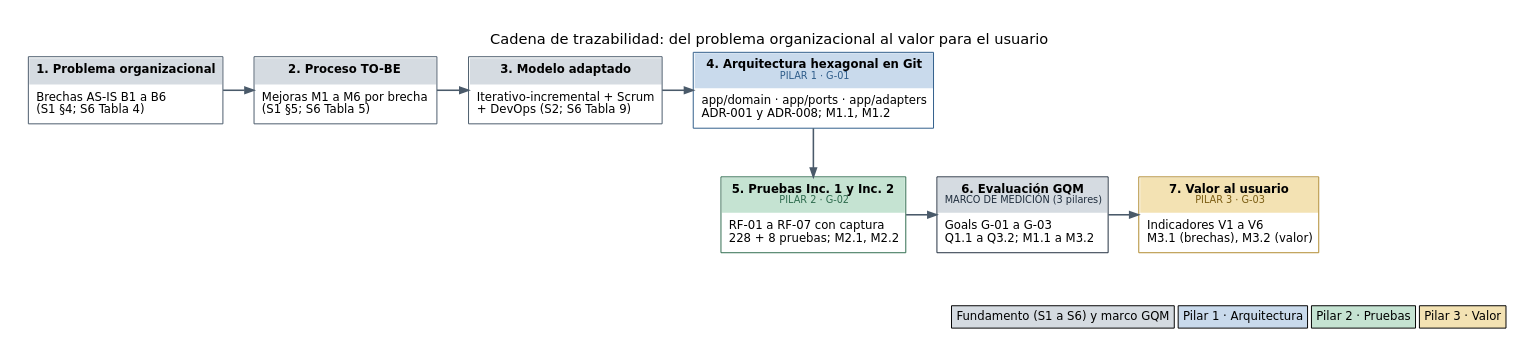
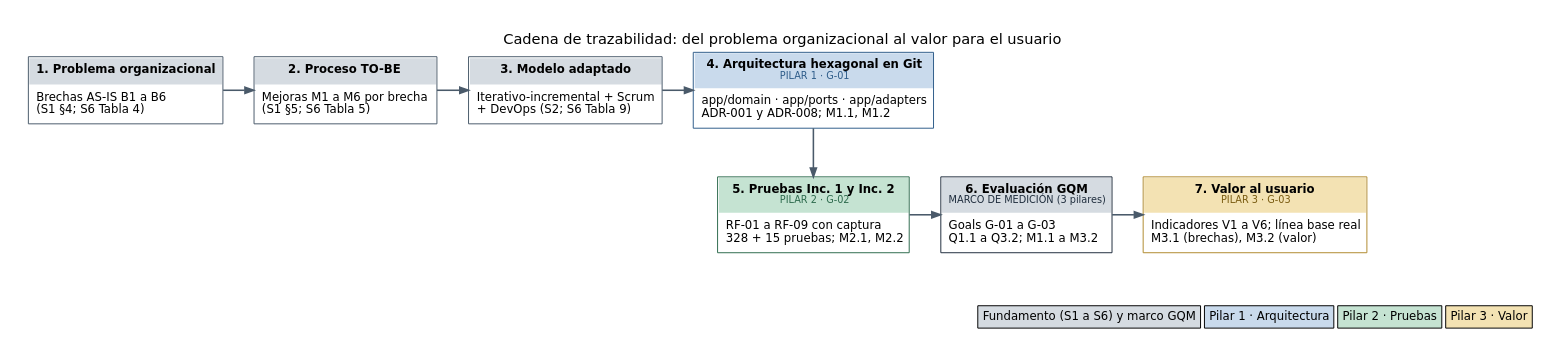
The diagram in diagramas/src/70_s9_cadena_trazabilidad.dot (woshtsu/ProcesosSoftwareAnemia), drawn with Graphviz before and after one commit. The commit also changed 230 other files, not shown here.

```diff
--- a/diagramas/src/70_s9_cadena_trazabilidad.dot
+++ b/diagramas/src/70_s9_cadena_trazabilidad.dot
@@ -1,49 +1,49 @@
 // 70_s9_cadena_trazabilidad.dot — Cadena metodológica de trazabilidad integrada (Semana 9)
 // Fuente: guías/S9-PSW-GUÍA DE TRABAJO.md (cadena); artefactos: S1, S2, S6, S9. Regenerar con el comando del final.
 digraph cadena {
   graph [rankdir=TB, fontname="DejaVu Sans", fontsize=15, labelloc=t, nodesep=0.45, ranksep=0.7, pad=0.3,
          label="Cadena de trazabilidad: del problema organizacional al valor para el usuario", splines=true];
   node  [shape=plain, fontname="DejaVu Sans", fontsize=12];
   edge  [color="#4A5A6A", penwidth=1.6, arrowsize=0.9];
 
   // Fundamento (S1–S6): gris
   n1 [label=<<TABLE BORDER="1" CELLBORDER="0" CELLSPACING="0" CELLPADDING="7" COLOR="#4A5A6A" BGCOLOR="#FFFFFF">
     <TR><TD BGCOLOR="#D5DBE1" ALIGN="CENTER"><B>1. Problema organizacional</B></TD></TR>
     <TR><TD ALIGN="LEFT" BALIGN="LEFT">Brechas AS-IS B1 a B6<BR/>(S1 §4; S6 Tabla 4)</TD></TR></TABLE>>];
   n2 [label=<<TABLE BORDER="1" CELLBORDER="0" CELLSPACING="0" CELLPADDING="7" COLOR="#4A5A6A" BGCOLOR="#FFFFFF">
     <TR><TD BGCOLOR="#D5DBE1" ALIGN="CENTER"><B>2. Proceso TO-BE</B></TD></TR>
     <TR><TD ALIGN="LEFT" BALIGN="LEFT">Mejoras M1 a M6 por brecha<BR/>(S1 §5; S6 Tabla 5)</TD></TR></TABLE>>];
   n3 [label=<<TABLE BORDER="1" CELLBORDER="0" CELLSPACING="0" CELLPADDING="7" COLOR="#4A5A6A" BGCOLOR="#FFFFFF">
     <TR><TD BGCOLOR="#D5DBE1" ALIGN="CENTER"><B>3. Modelo adaptado</B></TD></TR>
     <TR><TD ALIGN="LEFT" BALIGN="LEFT">Iterativo-incremental + Scrum<BR/>+ DevOps (S2; S6 Tabla 9)</TD></TR></TABLE>>];
   // Pilar 1: azul
   n4 [label=<<TABLE BORDER="1" CELLBORDER="0" CELLSPACING="0" CELLPADDING="7" COLOR="#2F5D8A" BGCOLOR="#FFFFFF">
     <TR><TD BGCOLOR="#C9DAEC" ALIGN="CENTER"><B>4. Arquitectura hexagonal en Git</B><BR/><FONT POINT-SIZE="10" COLOR="#2F5D8A">PILAR 1 · G-01</FONT></TD></TR>
     <TR><TD ALIGN="LEFT" BALIGN="LEFT">app/domain · app/ports · app/adapters<BR/>ADR-001 y ADR-008; M1.1, M1.2</TD></TR></TABLE>>];
   // Pilar 2: verde
   n5 [label=<<TABLE BORDER="1" CELLBORDER="0" CELLSPACING="0" CELLPADDING="7" COLOR="#2E6B4E" BGCOLOR="#FFFFFF">
     <TR><TD BGCOLOR="#C5E3D2" ALIGN="CENTER"><B>5. Pruebas Inc. 1 y Inc. 2</B><BR/><FONT POINT-SIZE="10" COLOR="#2E6B4E">PILAR 2 · G-02</FONT></TD></TR>
-    <TR><TD ALIGN="LEFT" BALIGN="LEFT">RF-01 a RF-07 con captura<BR/>228 + 8 pruebas; M2.1, M2.2</TD></TR></TABLE>>];
+    <TR><TD ALIGN="LEFT" BALIGN="LEFT">RF-01 a RF-09 con captura<BR/>328 + 15 pruebas; M2.1, M2.2</TD></TR></TABLE>>];
   // GQM: transversal
   n6 [label=<<TABLE BORDER="1" CELLBORDER="0" CELLSPACING="0" CELLPADDING="7" COLOR="#1F2D3D" BGCOLOR="#FFFFFF">
     <TR><TD BGCOLOR="#D5DBE1" ALIGN="CENTER"><B>6. Evaluación GQM</B><BR/><FONT POINT-SIZE="10" COLOR="#1F2D3D">MARCO DE MEDICIÓN (3 pilares)</FONT></TD></TR>
     <TR><TD ALIGN="LEFT" BALIGN="LEFT">Goals G-01 a G-03<BR/>Q1.1 a Q3.2; M1.1 a M3.2</TD></TR></TABLE>>];
   // Pilar 3: arena
   n7 [label=<<TABLE BORDER="1" CELLBORDER="0" CELLSPACING="0" CELLPADDING="7" COLOR="#B08A2E" BGCOLOR="#FFFFFF">
     <TR><TD BGCOLOR="#F3E2B3" ALIGN="CENTER"><B>7. Valor al usuario</B><BR/><FONT POINT-SIZE="10" COLOR="#7A5C12">PILAR 3 · G-03</FONT></TD></TR>
-    <TR><TD ALIGN="LEFT" BALIGN="LEFT">Indicadores V1 a V6<BR/>M3.1 (brechas), M3.2 (valor)</TD></TR></TABLE>>];
+    <TR><TD ALIGN="LEFT" BALIGN="LEFT">Indicadores V1 a V6; línea base real<BR/>M3.1 (brechas), M3.2 (valor)</TD></TR></TABLE>>];
 
   {rank=same; n1; n2; n3; n4}
   {rank=same; n5; n6; n7}
   n1 -> n2 -> n3 -> n4;
   n4 -> n5 [constraint=true];
   n5 -> n6 -> n7;
   {rank=same; n5; n6; n7}
   // leyenda
   leyenda [shape=plain, label=<<TABLE BORDER="0" CELLBORDER="1" CELLSPACING="4" CELLPADDING="4">
     <TR><TD BGCOLOR="#D5DBE1">Fundamento (S1 a S6) y marco GQM</TD>
         <TD BGCOLOR="#C9DAEC">Pilar 1 · Arquitectura</TD>
         <TD BGCOLOR="#C5E3D2">Pilar 2 · Pruebas</TD>
         <TD BGCOLOR="#F3E2B3">Pilar 3 · Valor</TD></TR></TABLE>>];
   n7 -> leyenda [style=invis];
 }
```
